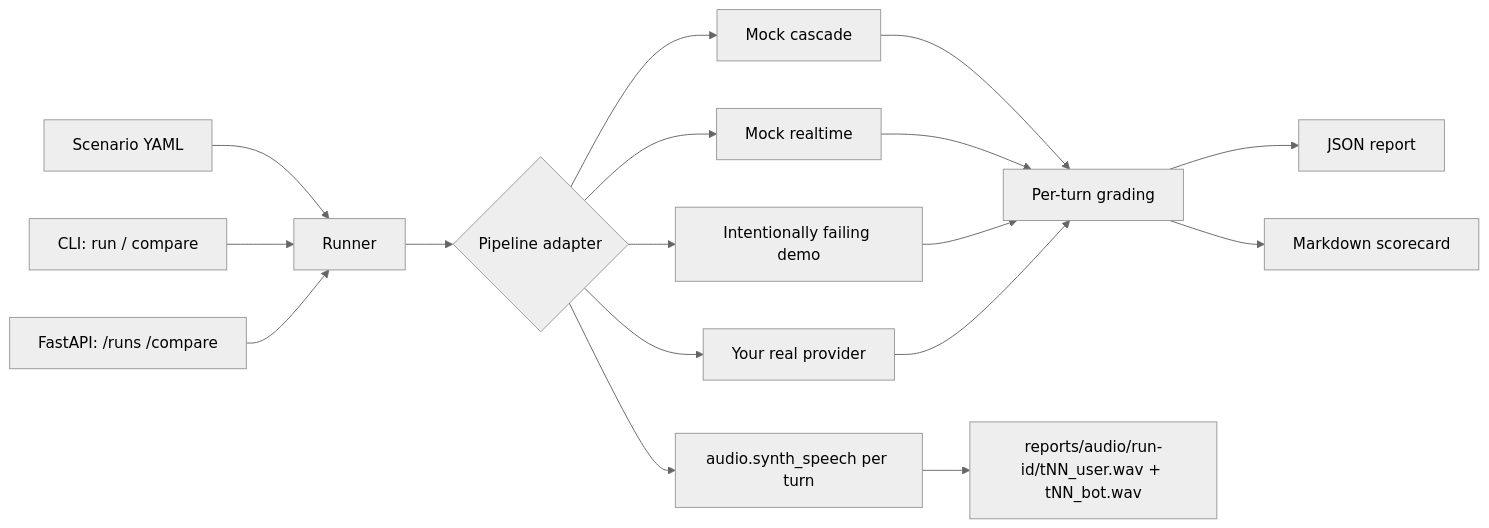
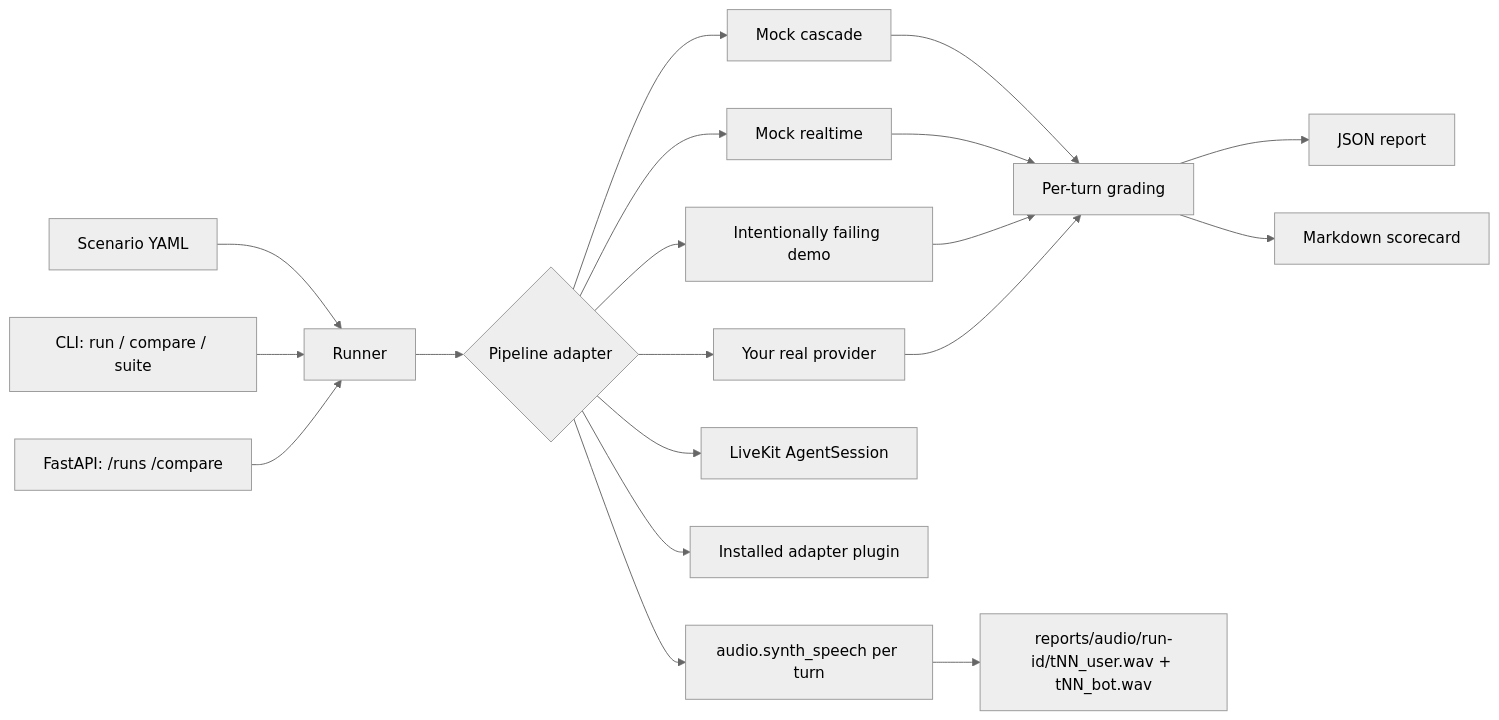
One commit to rand0wn/voice-eval changed the diagram in README.md. Above: the diagram before and after it, drawn with Mermaid (neutral theme). The commit also changed other lines of this file and 22 other files, not shown here.

First line of the commit message:
Add real LiveKit adapter, adapter plugin system, and suite CI gates

````diff
--- a/README.md
+++ b/README.md
@@ -236,19 +287,21 @@
 ```mermaid
 flowchart LR
   YAML[Scenario YAML] --> Runner
-  CLI[CLI: run / compare] --> Runner
+  CLI[CLI: run / compare / suite] --> Runner
   API[FastAPI: /runs /compare] --> Runner
   Runner --> Adapter{Pipeline adapter}
   Adapter --> Cascade[Mock cascade]
   Adapter --> Realtime[Mock realtime]
   Adapter --> Degraded[Intentionally failing demo]
   Adapter --> Real[Your real provider]
+  Adapter --> LiveKit[LiveKit AgentSession]
+  Adapter --> Plugin[Installed adapter plugin]
   Adapter --> Audio[audio.synth_speech per turn]
   Cascade --> Grade[Per-turn grading]
   Realtime --> Grade
   Degraded --> Grade
   Real --> Grade
   Grade --> JSON[JSON report]
   Grade --> MD[Markdown scorecard]
   Audio --> WAV[reports/audio/run-id/tNN_user.wav + tNN_bot.wav]
 ```
````
